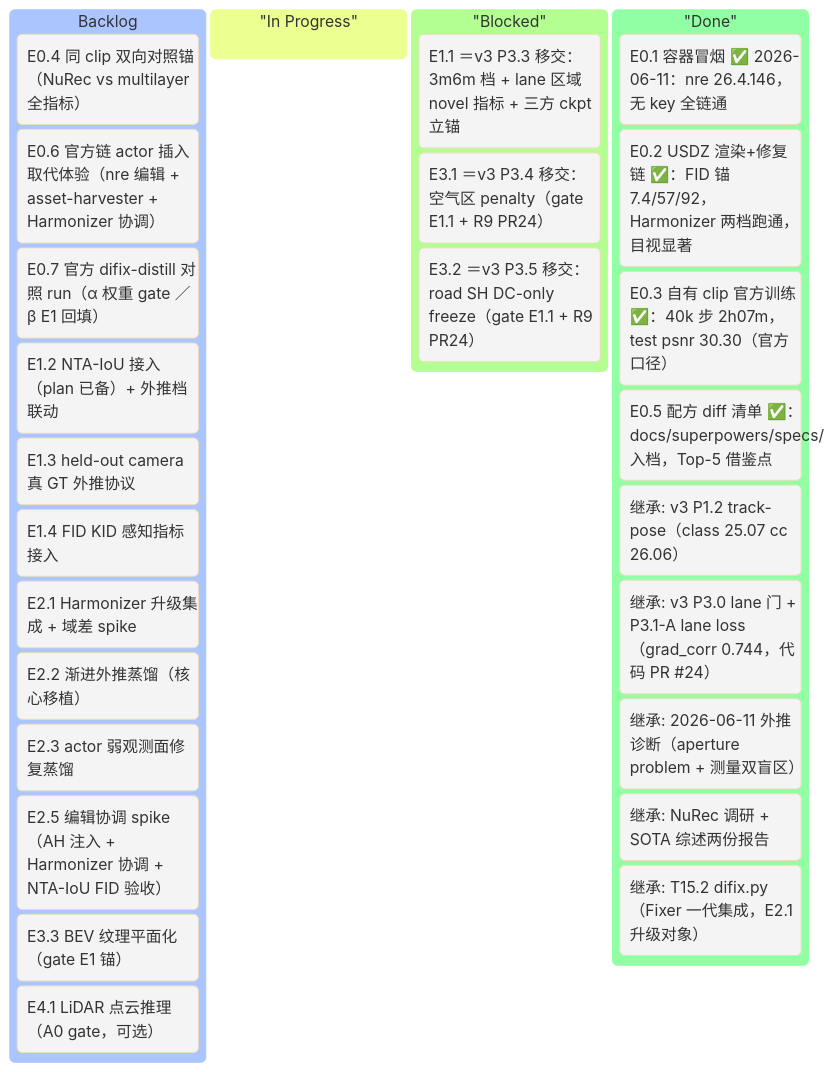
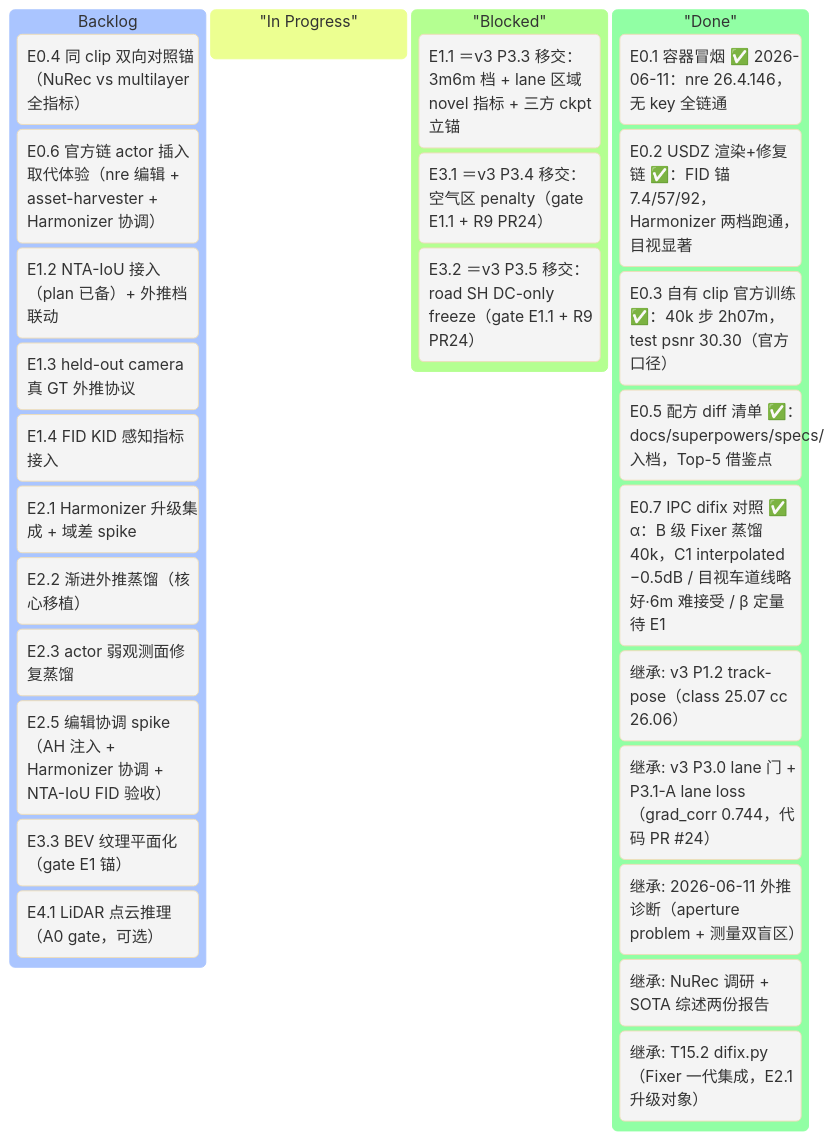
The first of 2 diagrams in v4_plan.md (etendue/3dgrut), drawn with Mermaid before and after one commit. The commit also changed other lines of this file, not shown here.

First line of the commit message:
docs(plan): E0.7 difix 蒸馏对照 run 完成（α 段，IPC 方案，权重级 B）

````diff
--- a/v4_plan.md
+++ b/v4_plan.md
@@ -67,35 +67,35 @@
 ```mermaid
 %%{init: {'theme':'base'}}%%
 kanban
     Backlog
         [E0.4 同 clip 双向对照锚（NuRec vs multilayer 全指标）]
         [E0.6 官方链 actor 插入取代体验（nre 编辑 + asset-harvester + Harmonizer 协调）]
-        [E0.7 官方 difix-distill 对照 run（α 权重 gate ／ β E1 回填）]
         [E1.2 NTA-IoU 接入（plan 已备）+ 外推档联动]
         [E1.3 held-out camera 真 GT 外推协议]
         [E1.4 FID KID 感知指标接入]
         [E2.1 Harmonizer 升级集成 + 域差 spike]
         [E2.2 渐进外推蒸馏（核心移植）]
         [E2.3 actor 弱观测面修复蒸馏]
         [E2.5 编辑协调 spike（AH 注入 + Harmonizer 协调 + NTA-IoU FID 验收）]
         [E3.3 BEV 纹理平面化（gate E1 锚）]
         [E4.1 LiDAR 点云推理（A0 gate，可选）]
 
     "In Progress"
 
     "Blocked"
         [E1.1 ＝v3 P3.3 移交：3m6m 档 + lane 区域 novel 指标 + 三方 ckpt 立锚]
         [E3.1 ＝v3 P3.4 移交：空气区 penalty（gate E1.1 + R9 PR24）]
         [E3.2 ＝v3 P3.5 移交：road SH DC-only freeze（gate E1.1 + R9 PR24）]
 
     "Done"
         [E0.1 容器冒烟 ✅ 2026-06-11：nre 26.4.146，无 key 全链通]
         [E0.2 USDZ 渲染+修复链 ✅：FID 锚 7.4/57/92，Harmonizer 两档跑通，目视显著]
         [E0.3 自有 clip 官方训练 ✅：40k 步 2h07m，test psnr 30.30（官方口径）]
         [E0.5 配方 diff 清单 ✅：docs/superpowers/specs/ 入档，Top-5 借鉴点]
+        [E0.7 IPC difix 对照 ✅ α：B 级 Fixer 蒸馏 40k，C1 interpolated −0.5dB / 目视车道线略好·6m 难接受 / β 定量待 E1]
         [继承: v3 P1.2 track-pose（class 25.07 cc 26.06）]
         [继承: v3 P3.0 lane 门 + P3.1-A lane loss（grad_corr 0.744，代码 PR #24）]
         [继承: 2026-06-11 外推诊断（aperture problem + 测量双盲区）]
         [继承: NuRec 调研 + SOTA 综述两份报告]
         [继承: T15.2 difix.py（Fixer 一代集成，E2.1 升级对象）]
 ```
````
